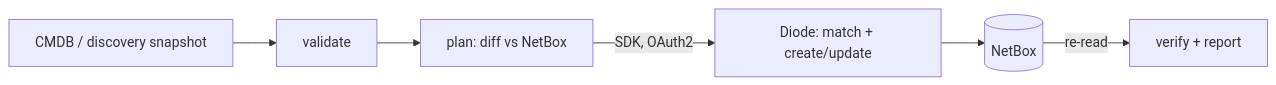
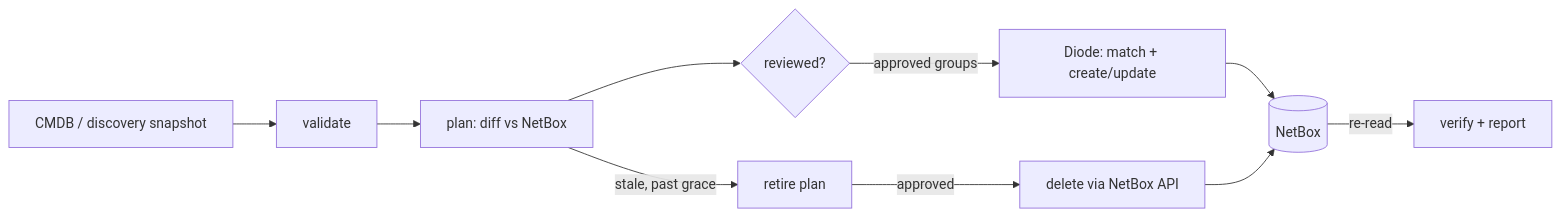
One commit to rogerwtrimble-tech/netbox-diode changed the diagram in README.md. Above: the diagram before and after it, drawn with Mermaid. The commit also changed other lines of this file and 41 other files, not shown here.

````diff
--- a/README.md
+++ b/README.md
@@ -49,7 +63,9 @@
 ```mermaid
 flowchart LR
   S[CMDB / discovery snapshot] --> V[validate] --> P[plan: diff vs NetBox]
-  P -->|SDK, OAuth2| D[Diode: match + create/update]
+  P --> R{reviewed?}
+  R -->|approved groups| D[Diode: match + create/update]
   D --> N[(NetBox)]
   N -->|re-read| C[verify + report]
+  P -->|stale, past grace| T[retire plan] -->|approved| X[delete via NetBox API] --> N
 ```
````
